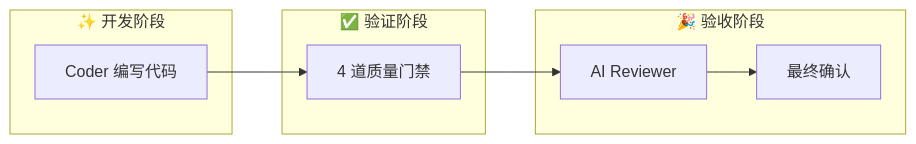
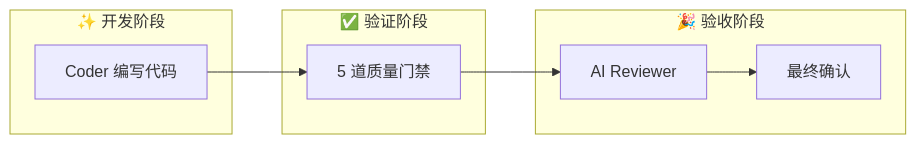
One commit to bigfish1913/openmatrix changed the third of 10 diagrams in docs/FLOW.md. Above: the diagram before and after it, drawn with Mermaid. The commit also changed other lines of this file and 2 other files, not shown here.

````diff
--- a/docs/FLOW.md
+++ b/docs/FLOW.md
@@ -75,17 +75,17 @@
 ```mermaid
 flowchart LR
     subgraph Dev["✨ 开发阶段"]
         D1["Coder 编写代码"]
     end
 
     subgraph Ver["✅ 验证阶段"]
-        V1["4 道质量门禁"]
+        V1["5 道质量门禁"]
     end
 
     subgraph Acc["🎉 验收阶段"]
         A1["AI Reviewer"]
         A2["最终确认"]
     end
 
     D1 --> V1 --> A1 --> A2
 ```
````
